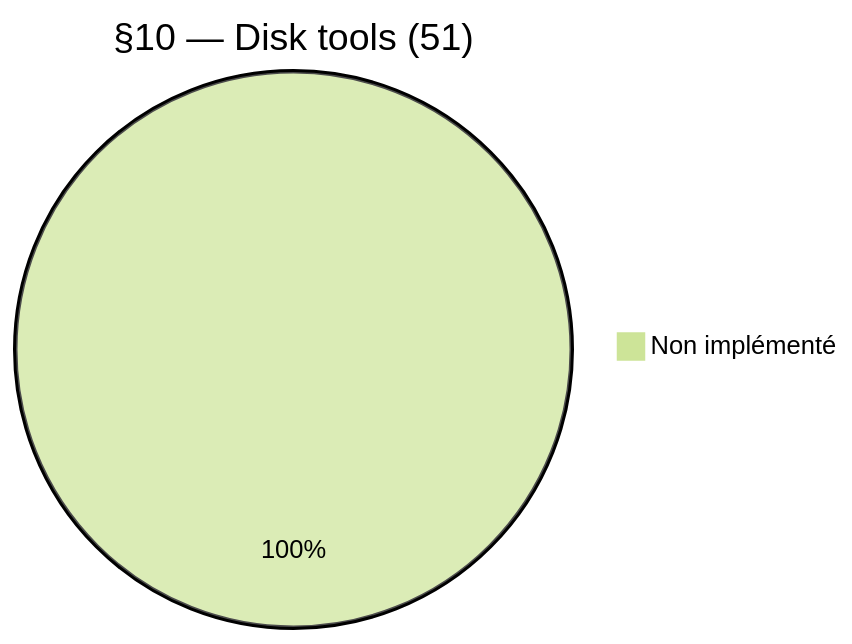
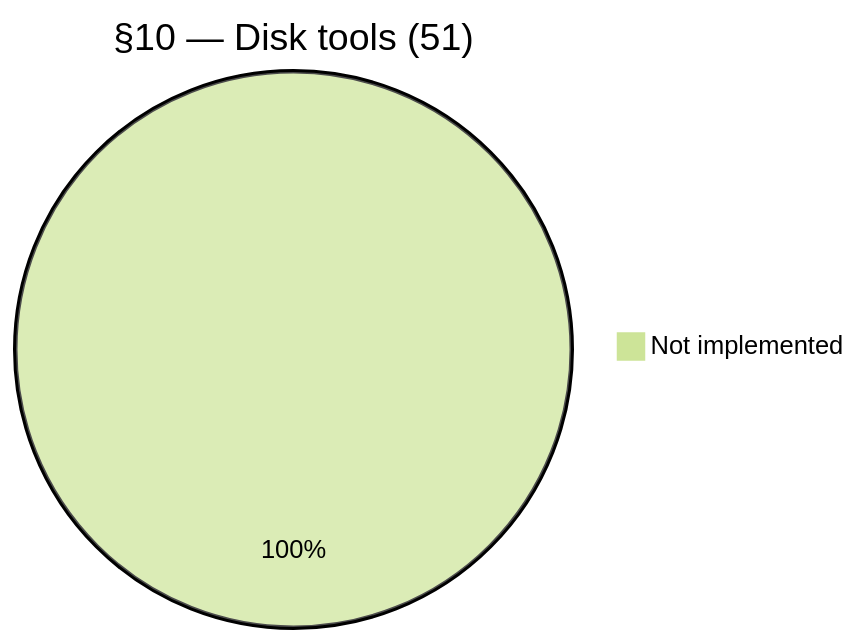
The tenth of 14 diagrams in process/3.plan/SUMMARY-akm-sections-coverage.md (xplorer2716/XS56K), drawn with Mermaid (forest theme) before and after one commit. The commit also changed other lines of this file, not shown here.

````diff
--- a/process/3.plan/SUMMARY-akm-sections-coverage.md
+++ b/process/3.plan/SUMMARY-akm-sections-coverage.md
@@ -85,4 +85,4 @@
 ```mermaid
 pie title §10 — Disk tools (51)
-    "Non implémenté" : 51
+    "Not implemented" : 51
 ```
````
